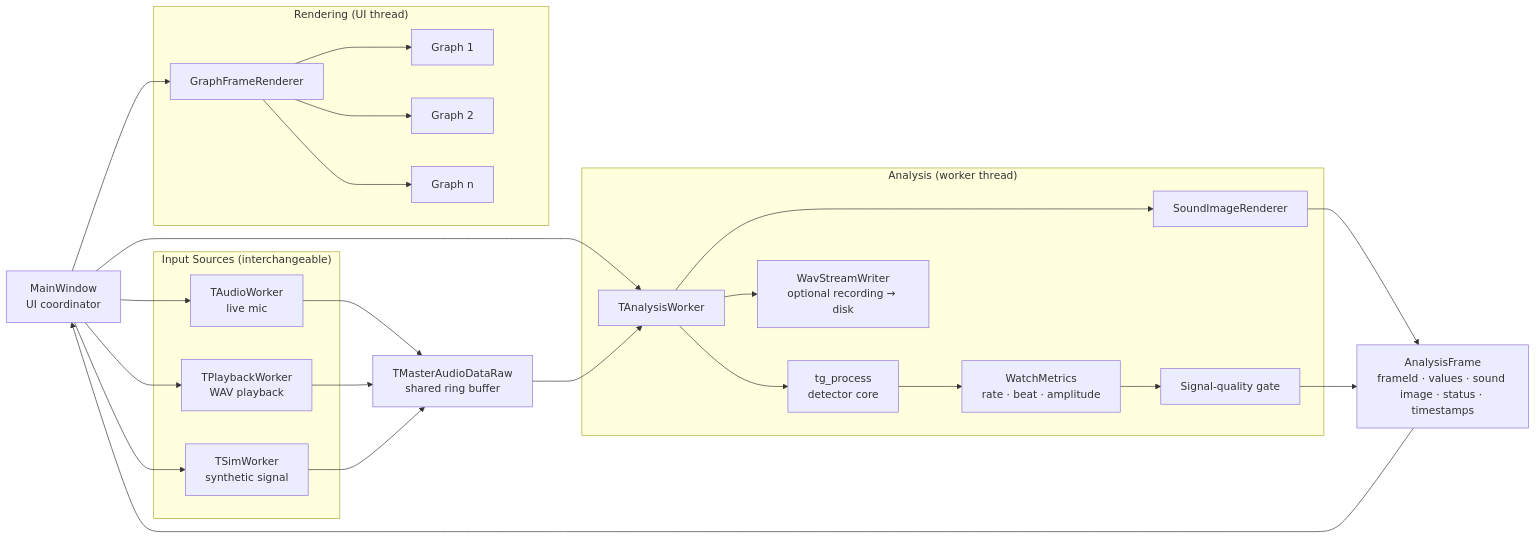
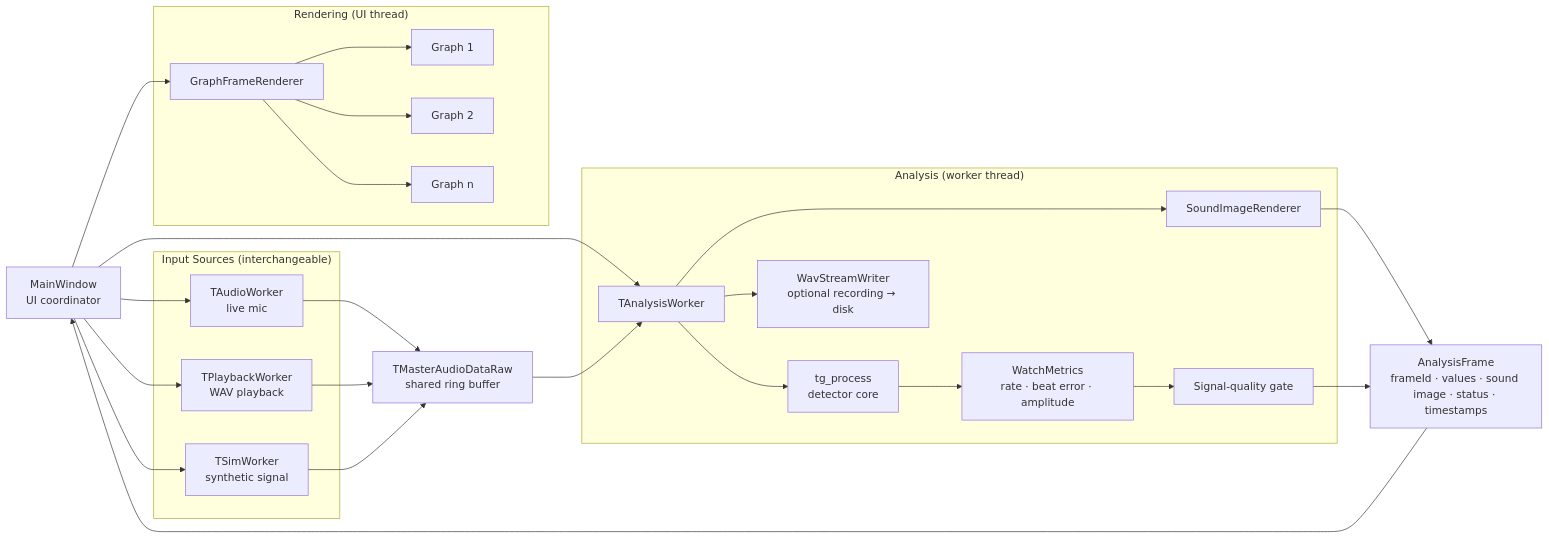
Before and after one commit to lgcmu2026-team5/TimeGrapher-Docs: the diagram in Milestone1/Presentation/en/Milestone1_5-Architectural-Approaches.md, drawn with Mermaid. The commit also changed other lines of this file and 1 other file, not shown here.

````diff
--- a/Milestone1/Presentation/en/Milestone1_5-Architectural-Approaches.md
+++ b/Milestone1/Presentation/en/Milestone1_5-Architectural-Approaches.md
@@ -9,54 +11,54 @@
 ```mermaid
 flowchart LR
     MW[MainWindow<br/>UI coordinator]
 
     subgraph Input["Input Sources (interchangeable)"]
         AW[TAudioWorker<br/>live mic]
         PW[TPlaybackWorker<br/>WAV playback]
         SW[TSimWorker<br/>synthetic signal]
     end
 
     BUF[TMasterAudioDataRaw<br/>shared ring buffer]
 
     subgraph Analysis["Analysis (worker thread)"]
         AN[TAnalysisWorker]
         TG[tg_process<br/>detector core]
-        WM[WatchMetrics<br/>rate · beat · amplitude]
+        WM[WatchMetrics<br/>rate · beat error · amplitude]
         QG[Signal-quality gate]
         SR[SoundImageRenderer]
         WAV[WavStreamWriter<br/>optional recording → disk]
     end
 
     DTO[AnalysisFrame<br/>frameId · values · sound image · status · timestamps]
 
     subgraph Render["Rendering (UI thread)"]
         GR[GraphFrameRenderer]
         G1[Graph 1]
         G2[Graph 2]
         GN[Graph n]
     end
 
     AW --> BUF
     PW --> BUF
     SW --> BUF
 
     MW --> AW
     MW --> PW
     MW --> SW
     MW --> AN
 
     BUF --> AN
     AN --> TG
     TG --> WM
     WM --> QG
     AN --> SR
     SR --> DTO
     AN --> WAV
     QG --> DTO
 
     DTO --> MW
     MW --> GR
     GR --> G1
     GR --> G2
     GR --> GN
 ```
````
